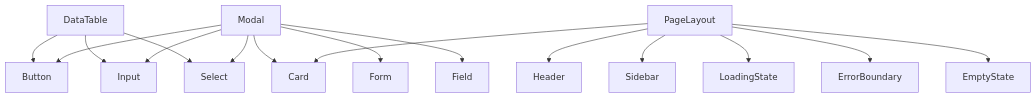
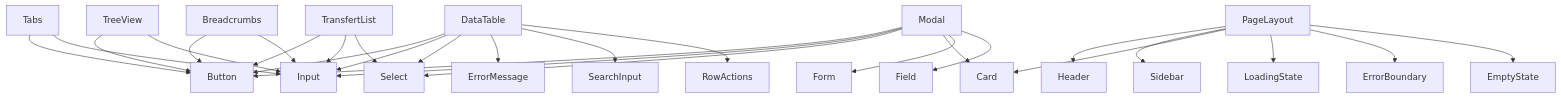
The sixth of 6 diagrams in .qoder/repowiki/en/content/System Architecture/Frontend Architecture/Component Architecture/Shared UI Components.md (franckylab/eLISAschool), drawn with Mermaid before and after one commit. The commit also changed other lines of this file and 79 other files, not shown here.

````diff
--- a/.qoder/repowiki/en/content/System Architecture/Frontend Architecture/Component Architecture/Shared UI Components.md
+++ b/.qoder/repowiki/en/content/System Architecture/Frontend Architecture/Component Architecture/Shared UI Components.md
@@ -495,32 +736,51 @@
 ```mermaid
 graph TB
 P1["Button"]
 P2["Input"]
 P3["Select"]
 P4["Card"]
 C1["DataTable"]
 C2["Modal"]
 C3["Form"]
 C4["Field"]
+E1["ErrorMessage"]
+E2["SearchInput"]
+E3["Tabs"]
+E4["TransfertList"]
+E5["TreeView"]
+E6["RowActions"]
+E7["Breadcrumbs"]
 F1["LoadingState"]
 F2["ErrorBoundary"]
 F3["EmptyState"]
 L1["Header"]
 L2["Sidebar"]
 L3["PageLayout"]
 C1 --> P1
 C1 --> P2
 C1 --> P3
+C1 --> E1
+C1 --> E2
+C1 --> E6
 C2 --> P1
 C2 --> P2
 C2 --> P3
 C2 --> P4
 C2 --> C3
 C2 --> C4
+E3 --> P1
+E3 --> P2
+E4 --> P1
+E4 --> P2
+E4 --> P3
+E5 --> P1
+E5 --> P2
+E7 --> P1
+E7 --> P2
 L3 --> L1
 L3 --> L2
 L3 --> P4
 L3 --> F1
 L3 --> F2
 L3 --> F3
 ```
````
